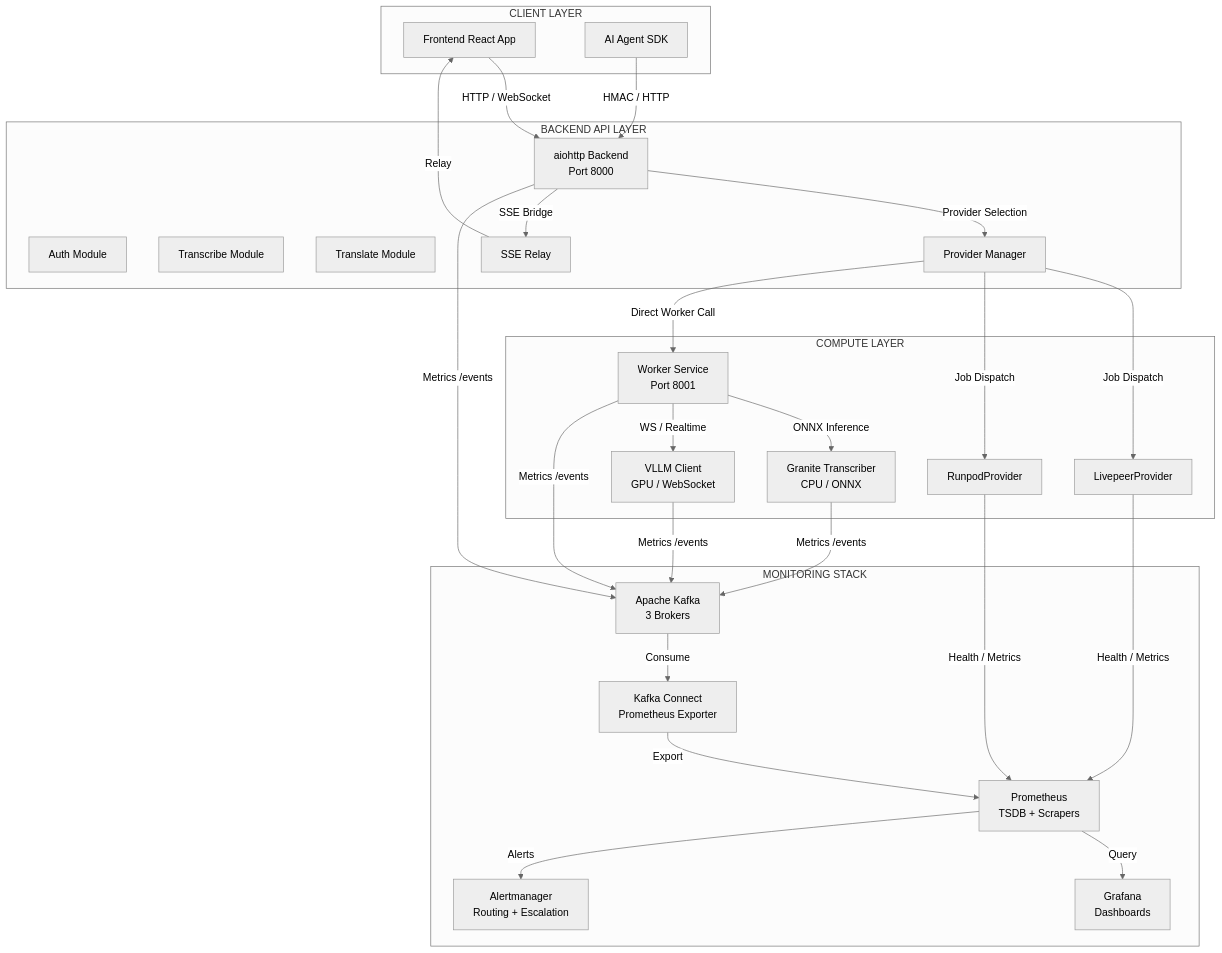
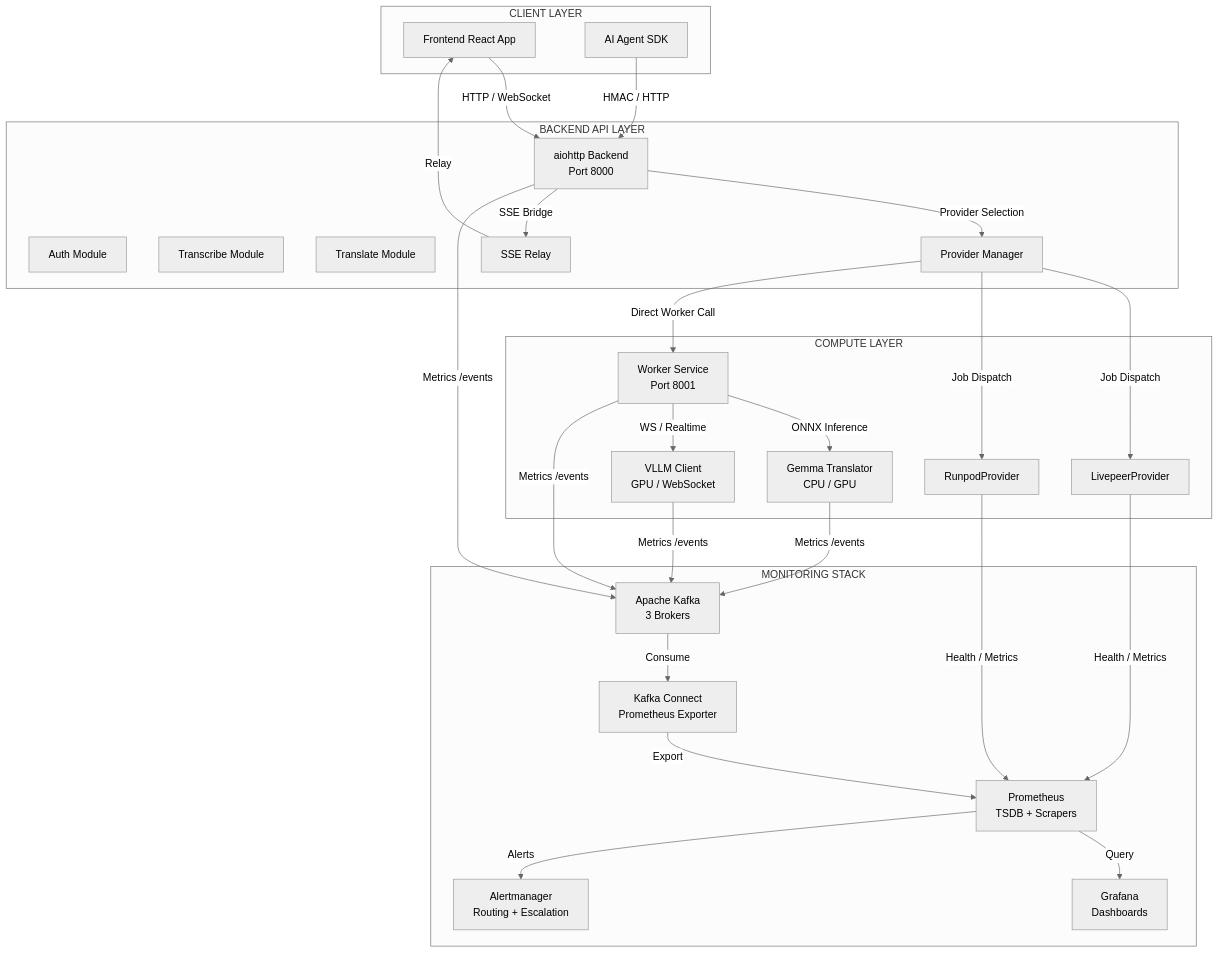
One commit to ad-astra-video/piow changed the first of 2 diagrams in plans/comprehensive-monitoring-architecture.md. Above: the diagram before and after it, drawn with Mermaid (neutral theme). The commit also changed other lines of this file and 12 other files, not shown here.

First line of the commit message:
Refactor Granite transcriber: remove legacy code and tests; update model constraints in database

````diff
--- a/plans/comprehensive-monitoring-architecture.md
+++ b/plans/comprehensive-monitoring-architecture.md
@@ -28,55 +28,55 @@
 ```mermaid
 flowchart TB
     subgraph ClientLayer["CLIENT LAYER"]
         FE["Frontend React App"]
         AGENT["AI Agent SDK"]
     end
 
     subgraph APILayer["BACKEND API LAYER"]
         BE["aiohttp Backend<br/>Port 8000"]
         AUTH["Auth Module"]
         TX["Transcribe Module"]
         TR["Translate Module"]
         SSE["SSE Relay"]
         PM["Provider Manager"]
     end
 
     subgraph ComputeLayer["COMPUTE LAYER"]
         LP["LivepeerProvider"]
         RP["RunpodProvider"]
         WK["Worker Service<br/>Port 8001"]
-        GT["Granite Transcriber<br/>CPU / ONNX"]
+        GT["Gemma Translator<br/>CPU / GPU"]
         VC["VLLM Client<br/>GPU / WebSocket"]
     end
 
     subgraph MonitoringStack["MONITORING STACK"]
         KAFKA["Apache Kafka<br/>3 Brokers"]
         PROM["Prometheus<br/>TSDB + Scrapers"]
         GRAF["Grafana<br/>Dashboards"]
         ALERT["Alertmanager<br/>Routing + Escalation"]
         KCONN["Kafka Connect<br/>Prometheus Exporter"]
     end
 
     FE -->|"HTTP / WebSocket"| BE
     AGENT -->|"HMAC / HTTP"| BE
     BE -->|"Provider Selection"| PM
     PM -->|"Job Dispatch"| LP
     PM -->|"Job Dispatch"| RP
     PM -->|"Direct Worker Call"| WK
     WK -->|"ONNX Inference"| GT
     WK -->|"WS / Realtime"| VC
     BE -->|"SSE Bridge"| SSE
     SSE -->|"Relay"| FE
 
     BE -->|"Metrics /events"| KAFKA
     WK -->|"Metrics /events"| KAFKA
     GT -->|"Metrics /events"| KAFKA
     VC -->|"Metrics /events"| KAFKA
     LP -->|"Health / Metrics"| PROM
     RP -->|"Health / Metrics"| PROM
 
     KAFKA -->|"Consume"| KCONN
     KCONN -->|"Export"| PROM
     PROM -->|"Query"| GRAF
     PROM -->|"Alerts"| ALERT
 ```
````
